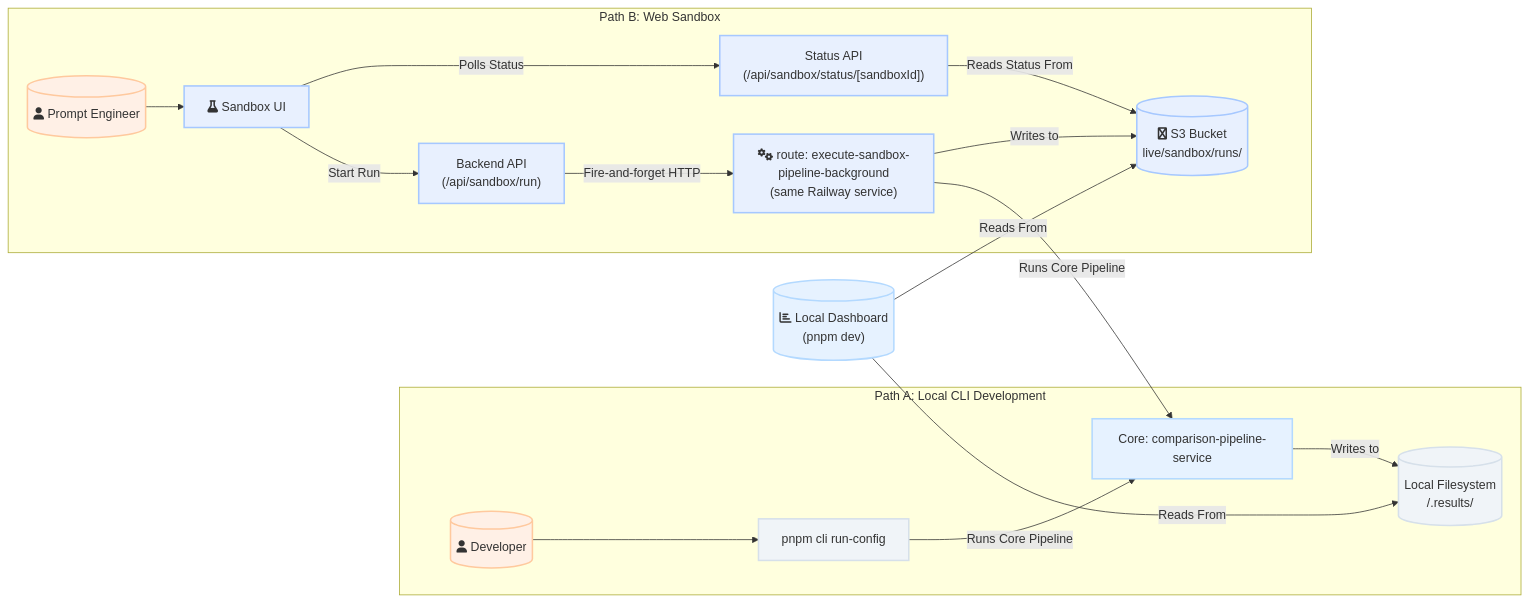
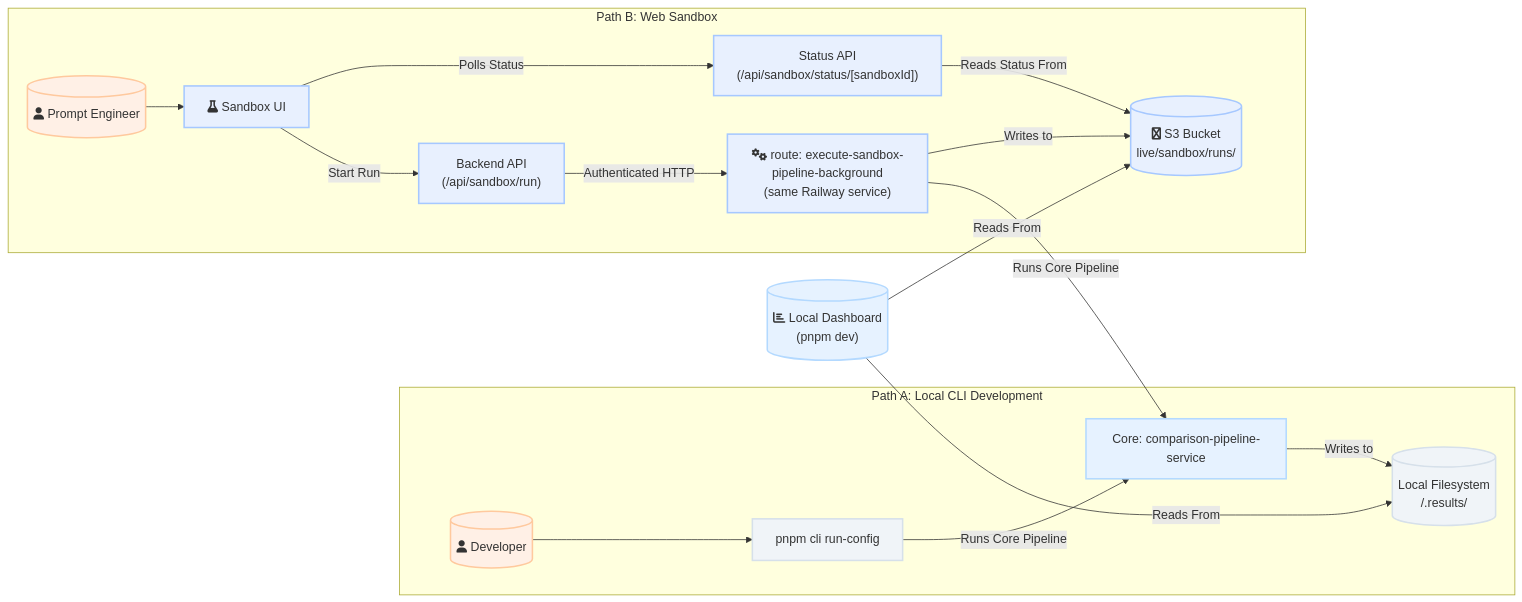
One commit to weval-org/app changed the second of 4 diagrams in docs/ARCHITECTURE.md. Above: the diagram before and after it, drawn with Mermaid. The commit also changed other lines of this file, not shown here.

First line of the commit message:
docs: correct fire-and-forget description for background route handlers

````diff
--- a/docs/ARCHITECTURE.md
+++ b/docs/ARCHITECTURE.md
@@ -46,30 +46,30 @@
 ```mermaid
 graph LR
     subgraph "Path A: Local CLI Development"
         A[("fa:fa-user Developer")] --> B["pnpm cli run-config"]
         B -- Runs Core Pipeline --> E[Core: comparison-pipeline-service]
         E -- Writes to --> F[("Local Filesystem<br>/.results/")]
     end
 
     subgraph "Path B: Web Sandbox"
         C[("fa:fa-user Prompt Engineer")] --> D["fa:fa-flask Sandbox UI"]
         D -- Start Run --> G["Backend API<br>(/api/sandbox/run)"]
-        G -- Fire-and-forget HTTP --> H["fa:fa-cogs route: execute-sandbox-pipeline-background<br>(same Railway service)"]
+        G -- Authenticated HTTP --> H["fa:fa-cogs route: execute-sandbox-pipeline-background<br>(same Railway service)"]
         H -- Runs Core Pipeline --> E
         H -- Writes to --> I[("fa:fa-aws S3 Bucket<br>live/sandbox/runs/")]
         D -- Polls Status --> G2["Status API<br>(/api/sandbox/status/[sandboxId])"]
         G2 -- Reads Status From --> I
     end
     
     J[("fa:fa-chart-bar Local Dashboard<br>(pnpm dev)")] -- Reads From --> F & I
 
     classDef user fill:#fff0e6,stroke:#ffc99e,stroke-width:2px;
     classDef local fill:#f0f4f8,stroke:#d6e0ea,stroke-width:2px;
     classDef web fill:#e8f0fe,stroke:#a6c8ff,stroke-width:2px;
     classDef core fill:#e6f2ff,stroke:#b3d9ff,stroke-width:2px;
     
     class A,C user;
     class B,F local;
     class D,G,G2,H,I web;
     class E,J core;
 ```
````
